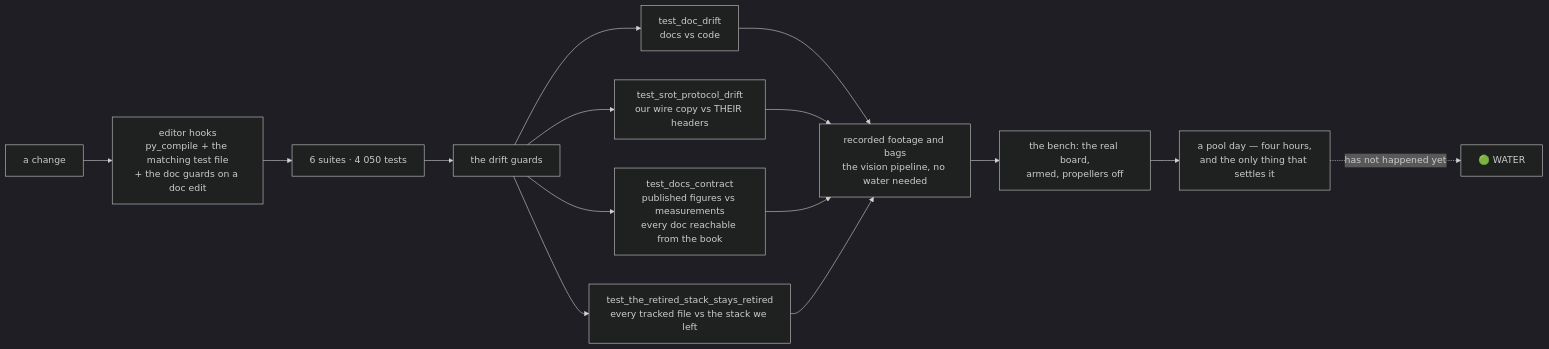
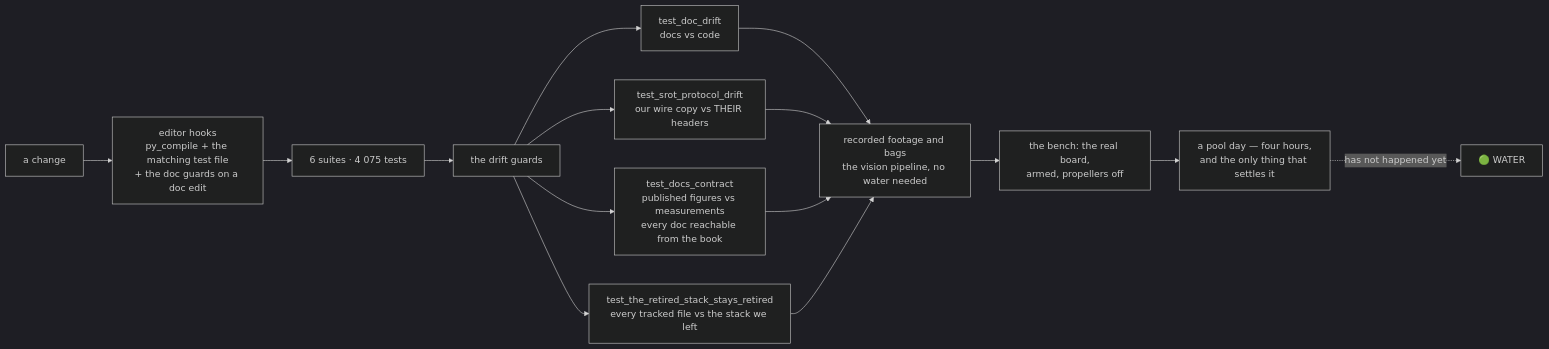
The ninth of 10 diagrams in README.md (fh1m/mongla_ws), drawn with Mermaid (dark theme) before and after one commit. The commit also changed other lines of this file and 18 other files, not shown here.

````diff
--- a/README.md
+++ b/README.md
@@ -788,17 +788,17 @@
 ```mermaid
 flowchart LR
     DEV["a change"] --> HOOK["editor hooks<br/>py_compile + the matching test file<br/>+ the doc guards on a doc edit"]
-    HOOK --> UNIT["6 suites · 4 050 tests"]
+    HOOK --> UNIT["6 suites · 4 075 tests"]
     UNIT --> GUARD["the drift guards"]
     GUARD --> G1["test_doc_drift<br/>docs vs code"]
     GUARD --> G2["test_srot_protocol_drift<br/>our wire copy vs THEIR headers"]
     GUARD --> G3["test_docs_contract<br/>published figures vs measurements<br/>every doc reachable from the book"]
     GUARD --> G4["test_the_retired_stack_stays_retired<br/>every tracked file vs the stack we left"]
     G1 --> REPLAY["recorded footage and bags<br/>the vision pipeline, no water needed"]
     G2 --> REPLAY
     G3 --> REPLAY
     G4 --> REPLAY
     REPLAY --> BENCH["the bench: the real board,<br/>armed, propellers off"]
     BENCH --> POOL["a pool day — four hours,<br/>and the only thing that settles it"]
     POOL -.->|"has not happened yet"| WATER["🟢 WATER"]
 ```
````
